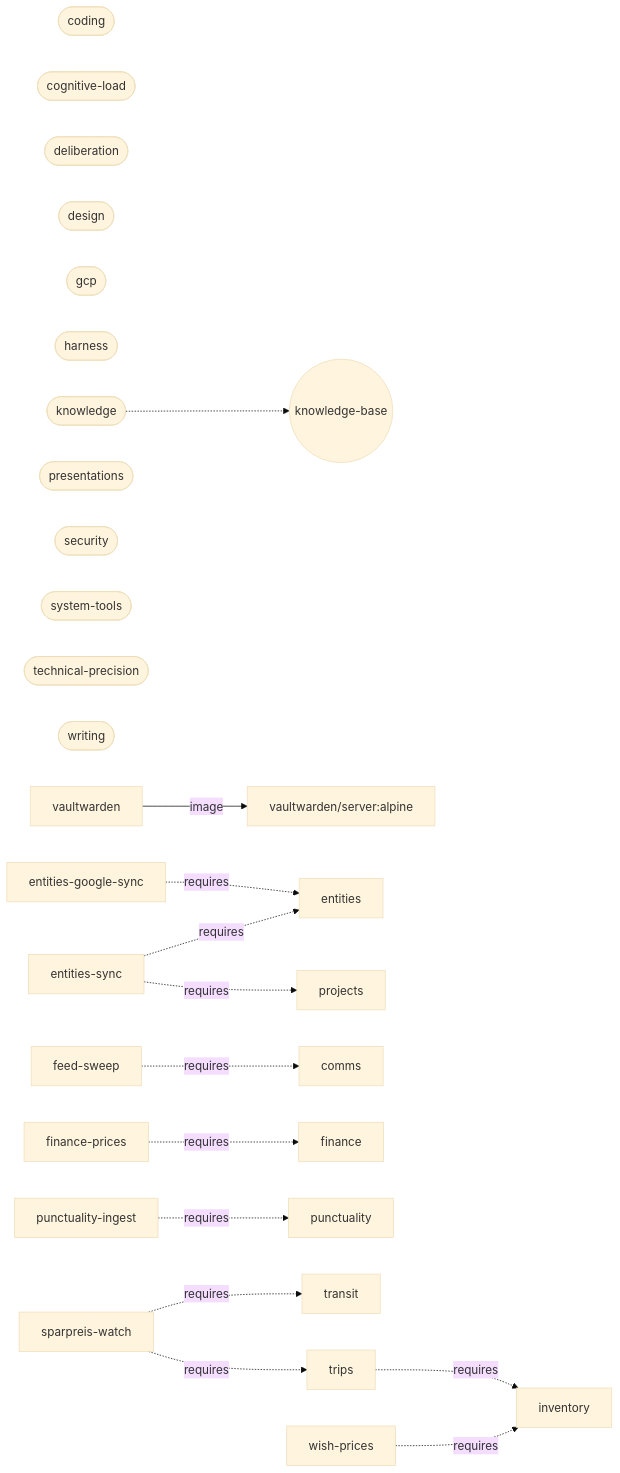
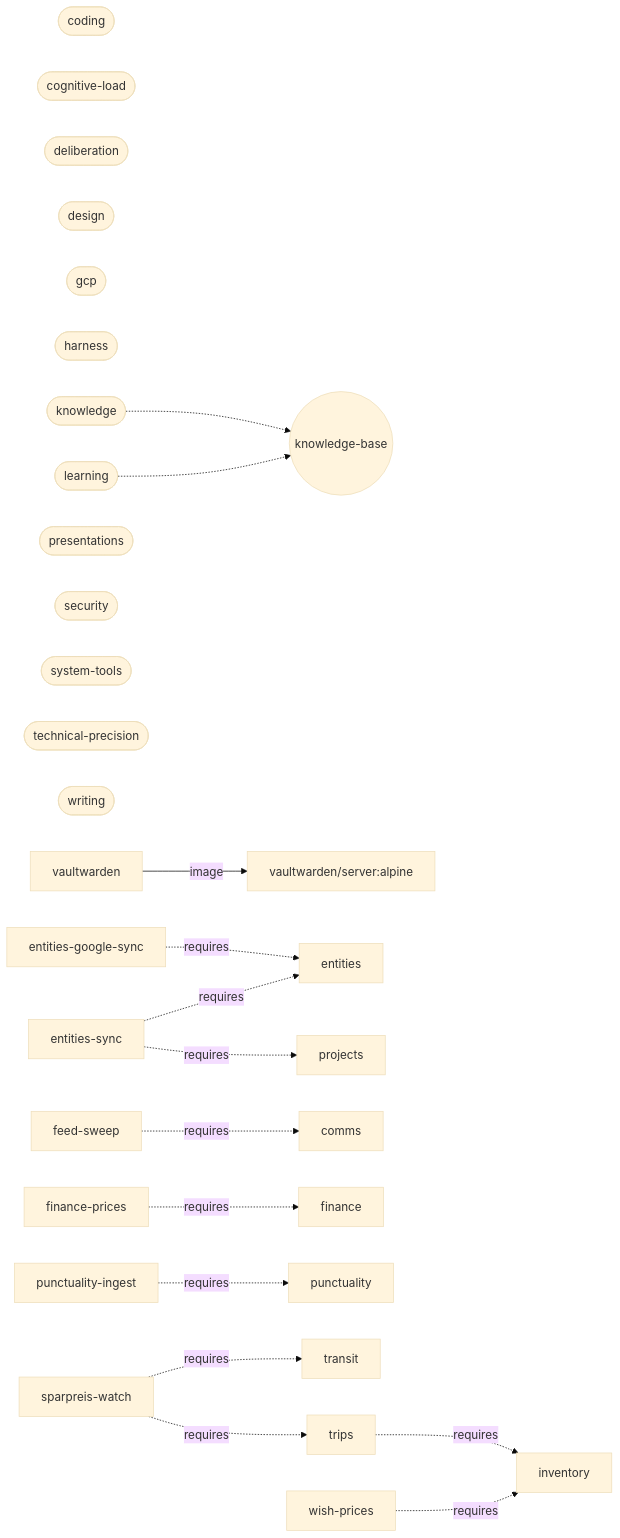
Before and after one commit to larsboes/Sjel: the diagram in ARCHITECTURE.md, drawn with Mermaid (base theme). The commit also changed other lines of this file and 11 other files, not shown here.

First line of the commit message:
learning: teach and practice get their own Pack, with a figures reference

````diff
--- a/ARCHITECTURE.md
+++ b/ARCHITECTURE.md
@@ -165,27 +166,29 @@
 ```mermaid
 flowchart LR
   pack_coding(["coding"])
   pack_cognitive_load(["cognitive-load"])
   pack_deliberation(["deliberation"])
   pack_design(["design"])
   pack_gcp(["gcp"])
   pack_harness(["harness"])
   pack_knowledge(["knowledge"])
   pack_knowledge -.-> sys_knowledge_base(("knowledge-base"))
+  pack_learning(["learning"])
+  pack_learning -.-> sys_knowledge_base(("knowledge-base"))
   pack_presentations(["presentations"])
   pack_security(["security"])
   pack_system_tools(["system-tools"])
   pack_technical_precision(["technical-precision"])
   pack_writing(["writing"])
   cap_vaultwarden["vaultwarden"] -->|image| img_vaultwarden_server["vaultwarden/server:alpine"]
   cap_entities_google_sync["entities-google-sync"] -.->|requires| cap_entities["entities"]
   cap_entities_sync["entities-sync"] -.->|requires| cap_projects["projects"]
   cap_entities_sync["entities-sync"] -.->|requires| cap_entities["entities"]
   cap_feed_sweep["feed-sweep"] -.->|requires| cap_comms["comms"]
   cap_finance_prices["finance-prices"] -.->|requires| cap_finance["finance"]
   cap_punctuality_ingest["punctuality-ingest"] -.->|requires| cap_punctuality["punctuality"]
   cap_sparpreis_watch["sparpreis-watch"] -.->|requires| cap_transit["transit"]
   cap_sparpreis_watch["sparpreis-watch"] -.->|requires| cap_trips["trips"]
   cap_trips["trips"] -.->|requires| cap_inventory["inventory"]
   cap_wish_prices["wish-prices"] -.->|requires| cap_inventory["inventory"]
 ```
````
